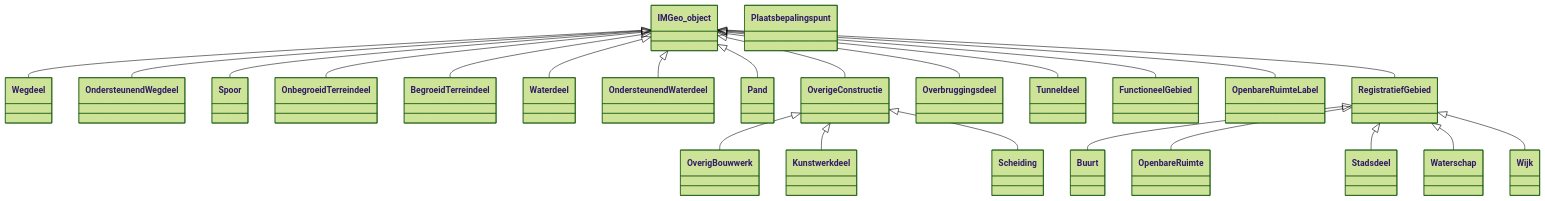
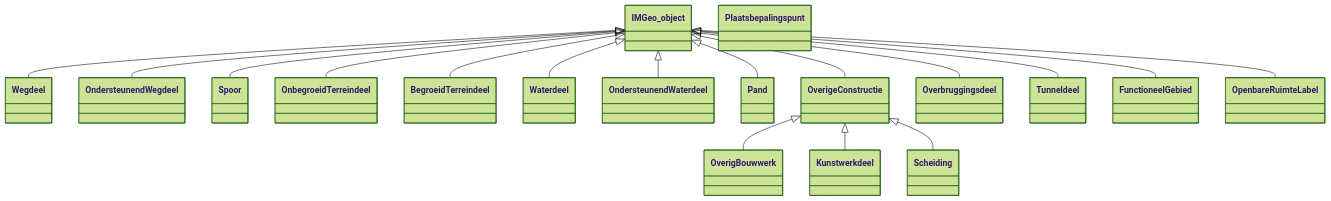
The first of 2 diagrams in imgeo-object.md (adbgnm/IMGeoOHtest), drawn with Mermaid (forest theme) before and after one commit.

````diff
--- a/imgeo-object.md
+++ b/imgeo-object.md
@@ -13,26 +13,20 @@
 ```mermaid
 classDiagram
    IMGeo_object <|-- Wegdeel
    IMGeo_object <|-- OndersteunendWegdeel
    IMGeo_object <|-- Spoor
    IMGeo_object <|-- OnbegroeidTerreindeel
    IMGeo_object <|-- BegroeidTerreindeel
    IMGeo_object <|-- Waterdeel
    IMGeo_object <|-- OndersteunendWaterdeel
    IMGeo_object <|-- Pand
    IMGeo_object <|-- OverigeConstructie
    OverigeConstructie <|-- OverigBouwwerk
    IMGeo_object <|-- Overbruggingsdeel
    IMGeo_object <|-- Tunneldeel
    OverigeConstructie <|-- Kunstwerkdeel
    OverigeConstructie <|-- Scheiding
    IMGeo_object <|-- FunctioneelGebied
    IMGeo_object <|-- OpenbareRuimteLabel
-   IMGeo_object <|-- RegistratiefGebied
-   RegistratiefGebied <|-- Buurt
-   RegistratiefGebied <|-- OpenbareRuimte
-   RegistratiefGebied <|-- Stadsdeel
-   RegistratiefGebied <|-- Waterschap
-   RegistratiefGebied <|-- Wijk
    class Plaatsbepalingspunt
 ```
````
